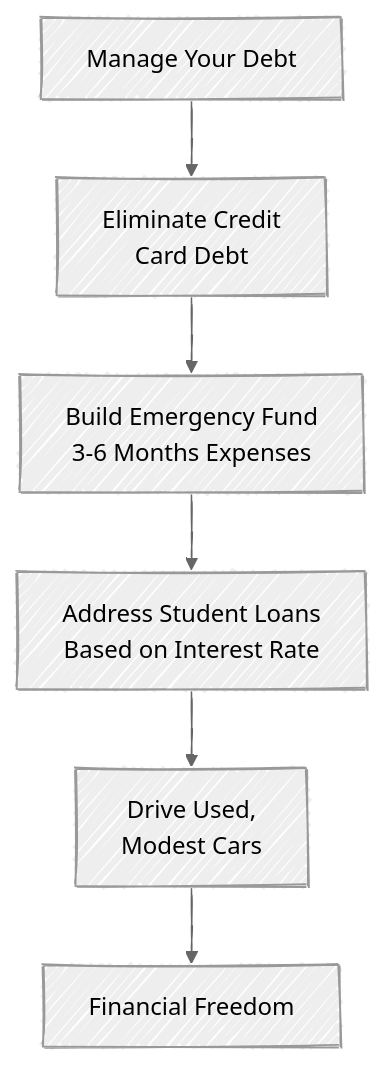
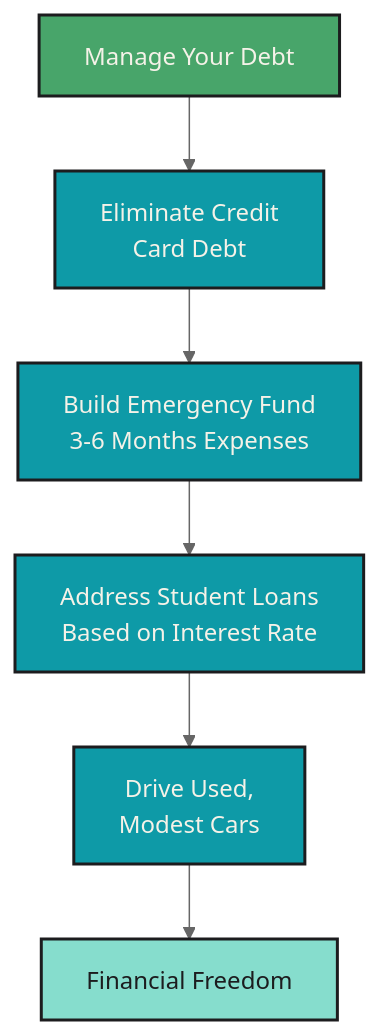
The sixth of 7 diagrams in managing_debt.qmd (mjfrigaard/fm-finance), drawn with Mermaid before and after one commit. The commit also changed other lines of this file and 5 other files, not shown here.

Commit message:
updates to mermaid

````diff
--- a/managing_debt.qmd
+++ b/managing_debt.qmd
@@ -352,12 +395,18 @@
 ```{mermaid}
 %%| fig-cap: 'Put It All Together'
 %%| fig-align: center
-%%{init: {'theme': 'neutral', 'look': 'handDrawn', 'themeVariables': { 'fontFamily': 'monospace', "fontSize":"16px"}}}%%
+%%{init: {'theme': 'neutral', 'themeVariables': { 'fontFamily': 'monospace', "fontSize":"16px"}}}%%
 
 flowchart TD
     Start[Manage Your Debt] --> Step1["Eliminate Credit<br>Card Debt"]
     Step1 --> Step2["Build Emergency Fund<br>3-6 Months Expenses"]
     Step2 --> Step3["Address Student Loans<br>Based on Interest Rate"]
     Step3 --> Step4["Drive Used,<br>Modest Cars"]
     Step4 --> Freedom["Financial Freedom"]
+    style Start fill:#48a56a,color:#F5F2E8,stroke:#1C1C1E,stroke-width:2px
+    style Step1 fill:#0e9aa7,color:#F5F2E8,stroke:#1C1C1E,stroke-width:2px
+    style Step2 fill:#0e9aa7,color:#F5F2E8,stroke:#1C1C1E,stroke-width:2px
+    style Step3 fill:#0e9aa7,color:#F5F2E8,stroke:#1C1C1E,stroke-width:2px
+    style Step4 fill:#0e9aa7,color:#F5F2E8,stroke:#1C1C1E,stroke-width:2px
+    style Freedom fill:#86ddcd,color:#1C1C1E,stroke:#1C1C1E,stroke-width:2px
 ```
````
